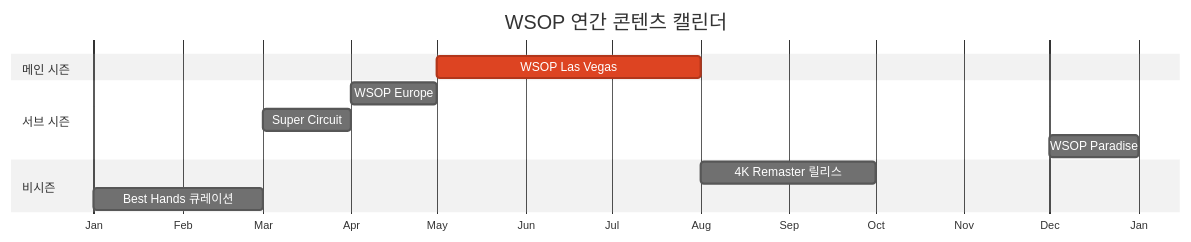
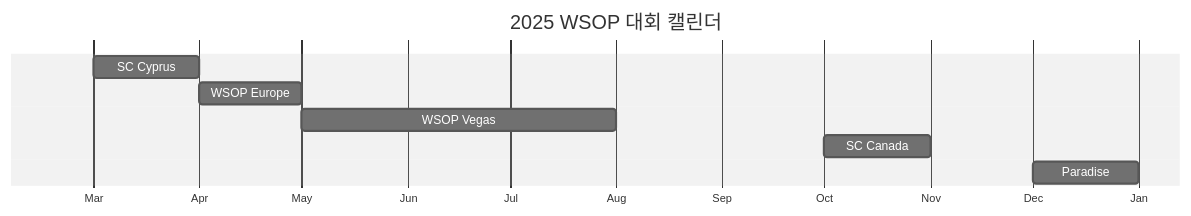
The fourth of 7 diagrams in tasks/prds/0010-prd-wsoptv/03-content-strategy.md (garimto81/wsoptv_v2), drawn with Mermaid (neutral theme) before and after one commit. The commit also changed other lines of this file, not shown here.

First line of the commit message:
docs(prd): add broadcast format and continent-based region classification 📝

````diff
--- a/tasks/prds/0010-prd-wsoptv/03-content-strategy.md
+++ b/tasks/prds/0010-prd-wsoptv/03-content-strategy.md
@@ -203,18 +249,12 @@
 ```mermaid
 gantt
-    title WSOP 연간 콘텐츠 캘린더
-    dateFormat  YYYY-MM
+    title 2025 WSOP 대회 캘린더
+    dateFormat YYYY-MM
     axisFormat %b
 
-    section 메인 시즌
-    WSOP Las Vegas   :crit, 2025-05, 3M
-
-    section 서브 시즌
-    WSOP Europe            :2025-04, 1M
-    Super Circuit          :2025-03, 1M
-    WSOP Paradise          :2025-12, 1M
-
-    section 비시즌
-    4K Remaster 릴리스     :2025-08, 2M
-    Best Hands 큐레이션    :2025-01, 2M
+    SC Cyprus    :2025-03, 1M
+    WSOP Europe  :2025-04, 1M
+    WSOP Vegas   :2025-05, 3M
+    SC Canada    :2025-10, 1M
+    Paradise     :2025-12, 1M
 ```
````
